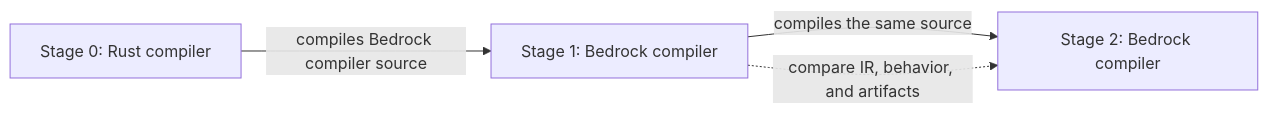
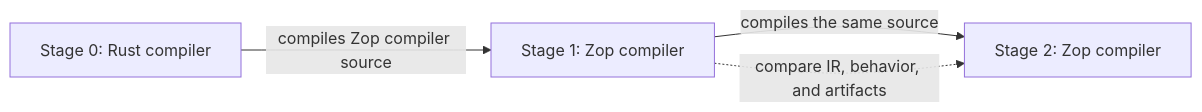
The diagram in docs/architecture/self-hosting.md (zop-lang/zop), drawn with Mermaid before and after one commit. The commit also changed other lines of this file and 39 other files, not shown here.

Commit message:
docs(architecture): define zop contracts

````diff
--- a/docs/architecture/self-hosting.md
+++ b/docs/architecture/self-hosting.md
@@ -46,9 +49,9 @@
 ```mermaid
 flowchart LR
     stage0["Stage 0: Rust compiler"]
-    stage1["Stage 1: Bedrock compiler"]
-    stage2["Stage 2: Bedrock compiler"]
-    stage0 -->|"compiles Bedrock compiler source"| stage1
+    stage1["Stage 1: Zop compiler"]
+    stage2["Stage 2: Zop compiler"]
+    stage0 -->|"compiles Zop compiler source"| stage1
     stage1 -->|"compiles the same source"| stage2
     stage1 -. "compare IR, behavior, and artifacts" .-> stage2
 ```
````
